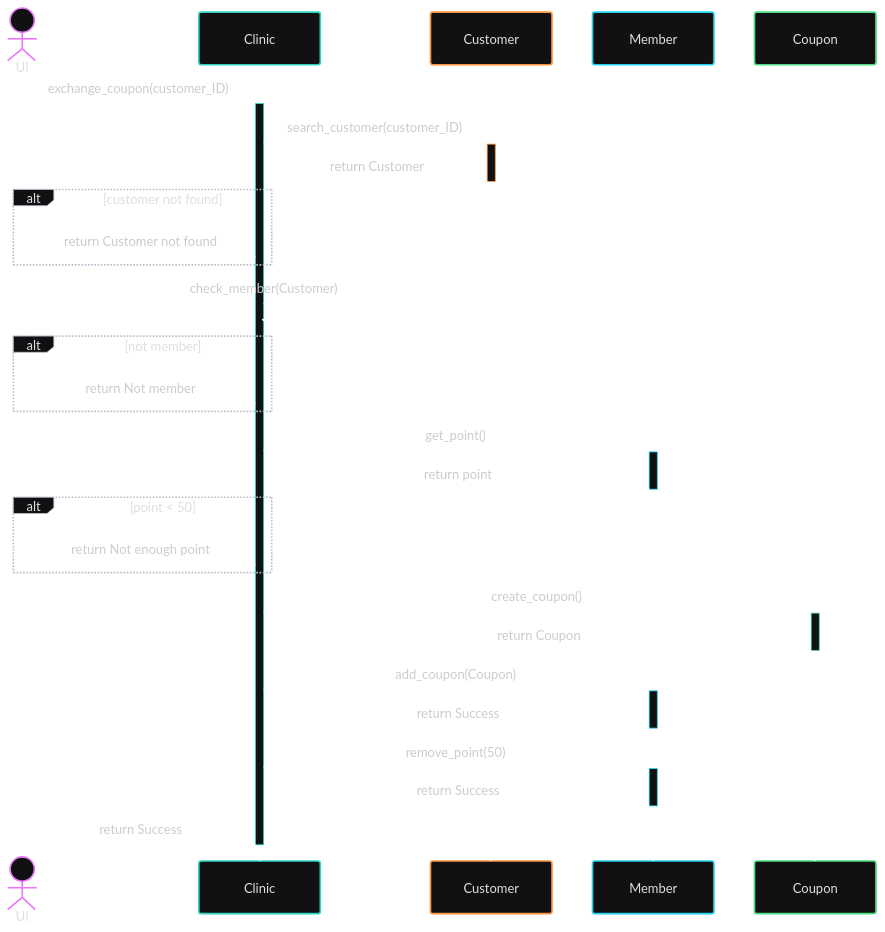
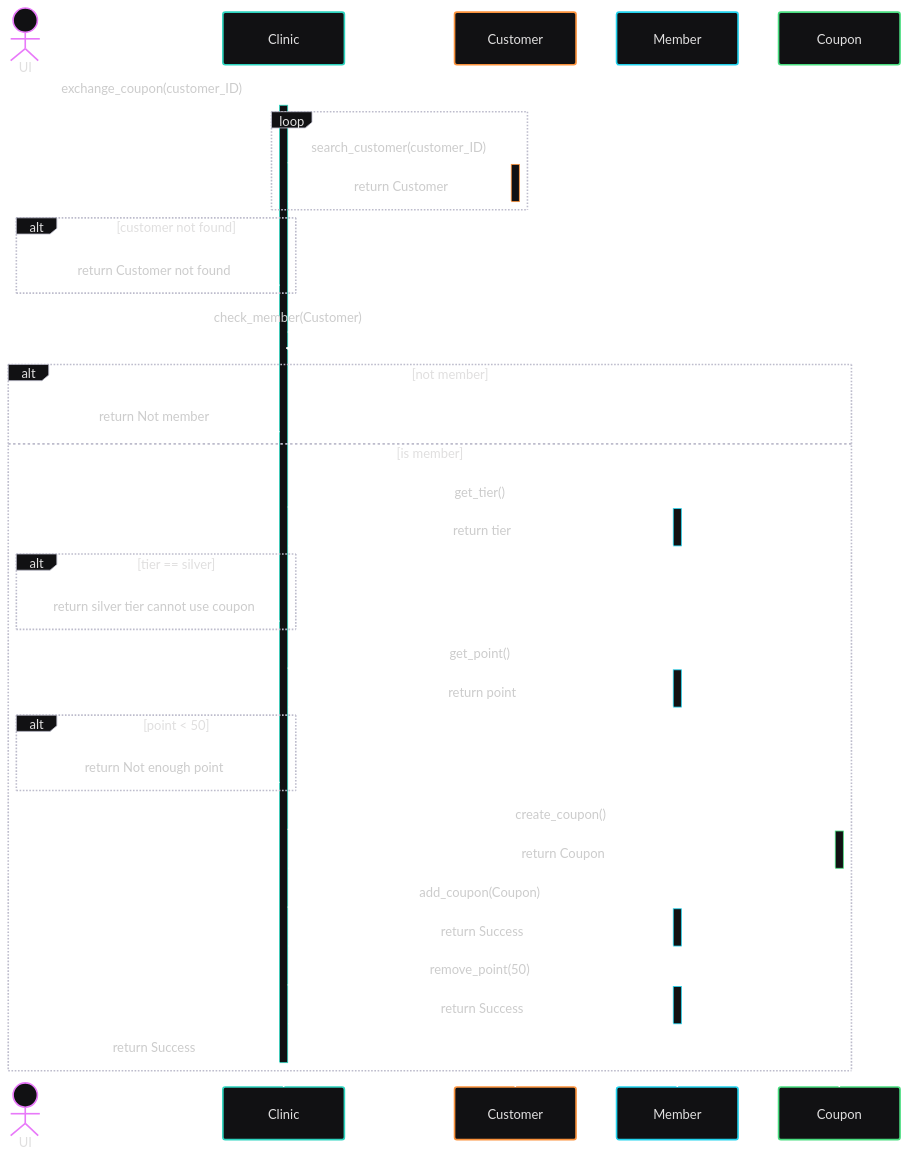
The diagram in SequenceDiagram/ExchangeCoupon.mmd (HiruKub/OOP-PROJECT_BASECODE), drawn with Mermaid before and after one commit. The commit also changed 3 other files, not shown here.

Commit message:
setting sequence

```diff
--- a/SequenceDiagram/ExchangeCoupon.mmd
+++ b/SequenceDiagram/ExchangeCoupon.mmd
@@ -1,44 +1,50 @@
 ---
 config:
   theme: redux-dark-color
 ---
 sequenceDiagram
 
         actor UI
         participant Clinic
         participant Customer
         participant Member
         participant Coupon
 
         UI ->>+ Clinic : exchange_coupon(customer_ID)
 
-        Clinic ->>+ Customer : search_customer(customer_ID)
-        Customer -->>- Clinic : return Customer
-
+        loop
+            Clinic ->>+ Customer : search_customer(customer_ID)
+            Customer -->>- Clinic : return Customer
+        end
         alt customer not found 
             Clinic -->> UI : return Customer not found
         end
 
         Clinic ->> Clinic : check_member(Customer)
 
         alt not member
             Clinic -->> UI : return Not member
+        else is member
+            Clinic ->>+ Member : get_tier()
+            Member -->>- Clinic : return tier
+            alt tier == silver 
+                Clinic -->> UI : return silver tier cannot use coupon
+            end
+
+            Clinic ->>+ Member : get_point()
+            Member -->>- Clinic : return point
+
+            alt point < 50
+                Clinic -->> UI : return Not enough point
+            end
+
+            Clinic ->>+ Coupon : create_coupon()
+            Coupon -->>- Clinic : return Coupon
+
+            Clinic ->>+ Member : add_coupon(Coupon)
+            Member -->>- Clinic : return Success
+
+            Clinic ->>+ Member : remove_point(50)
+            Member -->>- Clinic : return Success
+            Clinic -->>- UI : return Success
         end
-
-        Clinic ->>+ Member : get_point()
-        Member -->>- Clinic : return point
-
-        alt point < 50
-            Clinic -->> UI : return Not enough point
-        end
-
-        Clinic ->>+ Coupon : create_coupon()
-        Coupon -->>- Clinic : return Coupon
-
-        Clinic ->>+ Member : add_coupon(Coupon)
-        Member -->>- Clinic : return Success
-
-        Clinic ->>+ Member : remove_point(50)
-        Member -->>- Clinic : return Success
-
-        Clinic -->>- UI : return Success
```
